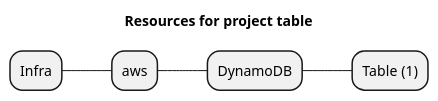
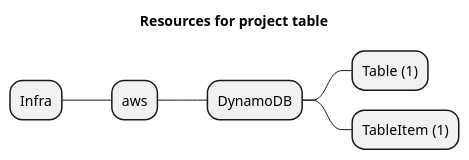
One commit to grucloud/grucloud changed the diagram in examples/aws/DynamoDb/table/artifacts/resources-mindmap.puml. Above: the diagram before and after it, drawn with PlantUML. The commit also changed 8 other files, not shown here.

```diff
--- a/examples/aws/DynamoDb/table/artifacts/resources-mindmap.puml
+++ b/examples/aws/DynamoDb/table/artifacts/resources-mindmap.puml
@@ -1,8 +1,9 @@
 @startmindmap
 title Resources for project table
 skinparam monochrome true
 + Infra
 ++ aws
 +++ DynamoDB
 ++++ Table (1)
+++++ TableItem (1)
 @endmindmap
```
